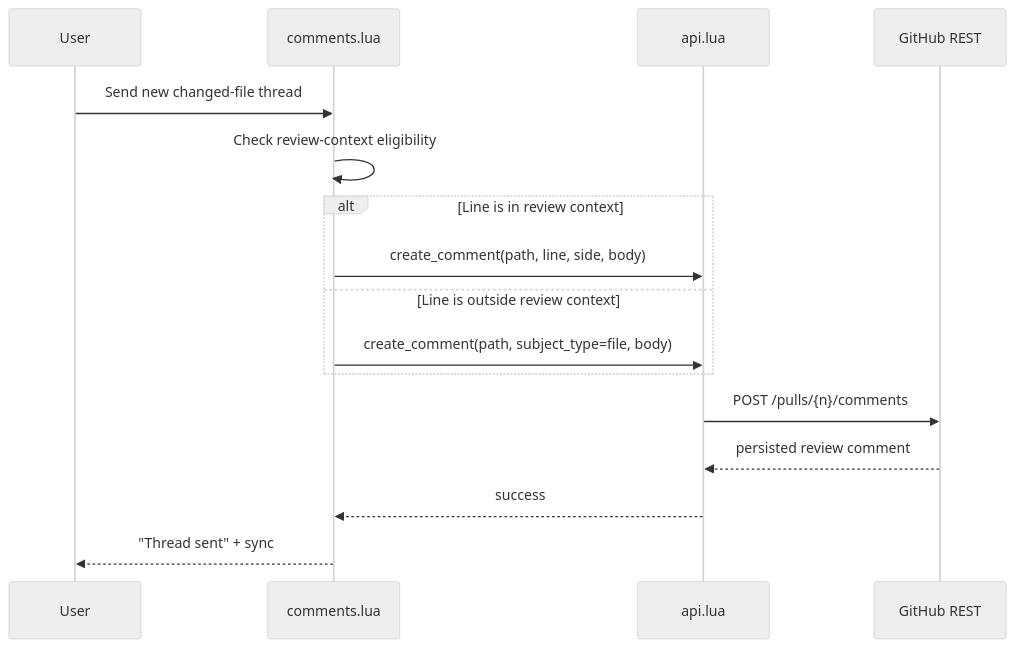
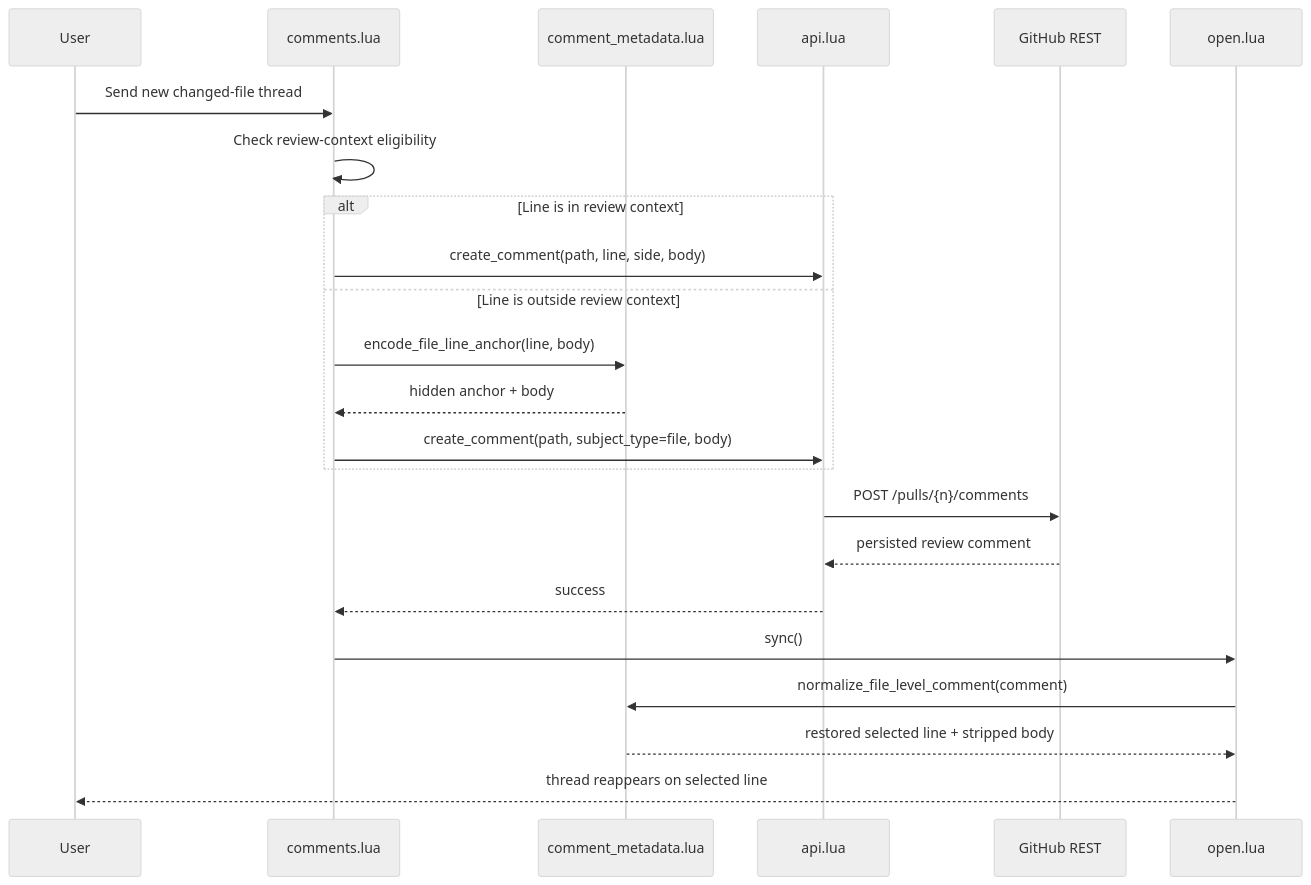
Before and after one commit to bajor/nvim-raccoon: the second of 2 diagrams in ARCHITECTURE_DIFF.md, drawn with Mermaid (neutral theme). The commit also changed other lines of this file and 8 other files, not shown here.

Commit message:
fix: preserve selected line for file-level PR comments

````diff
--- a/ARCHITECTURE_DIFF.md
+++ b/ARCHITECTURE_DIFF.md
@@ -19,19 +21,26 @@
 ```mermaid
 sequenceDiagram
     participant U as User
     participant C as comments.lua
+    participant M as comment_metadata.lua
     participant A as api.lua
     participant R as GitHub REST
+    participant O as open.lua
 
     U->>C: Send new changed-file thread
     C->>C: Check review-context eligibility
     alt Line is in review context
         C->>A: create_comment(path, line, side, body)
     else Line is outside review context
+        C->>M: encode_file_line_anchor(line, body)
+        M-->>C: hidden anchor + body
         C->>A: create_comment(path, subject_type=file, body)
     end
     A->>R: POST /pulls/{n}/comments
     R-->>A: persisted review comment
     A-->>C: success
-    C-->>U: "Thread sent" + sync
+    C->>O: sync()
+    O->>M: normalize_file_level_comment(comment)
+    M-->>O: restored selected line + stripped body
+    O-->>U: thread reappears on selected line
 ```
````
